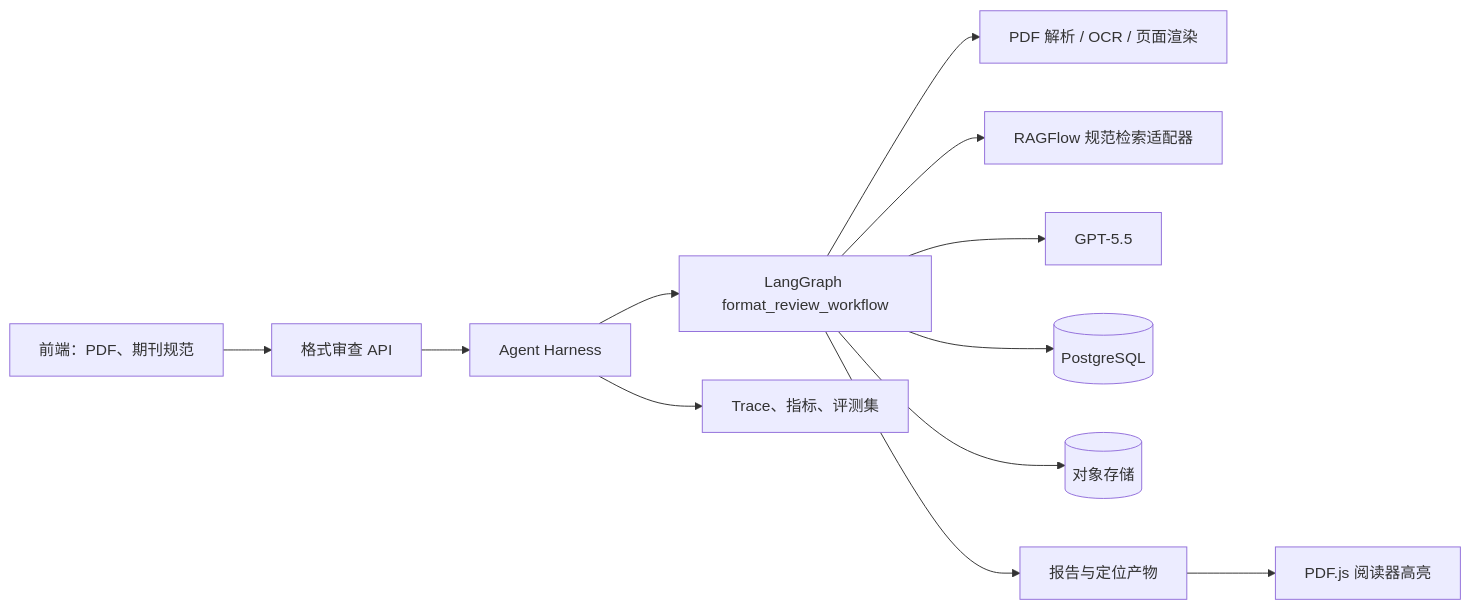
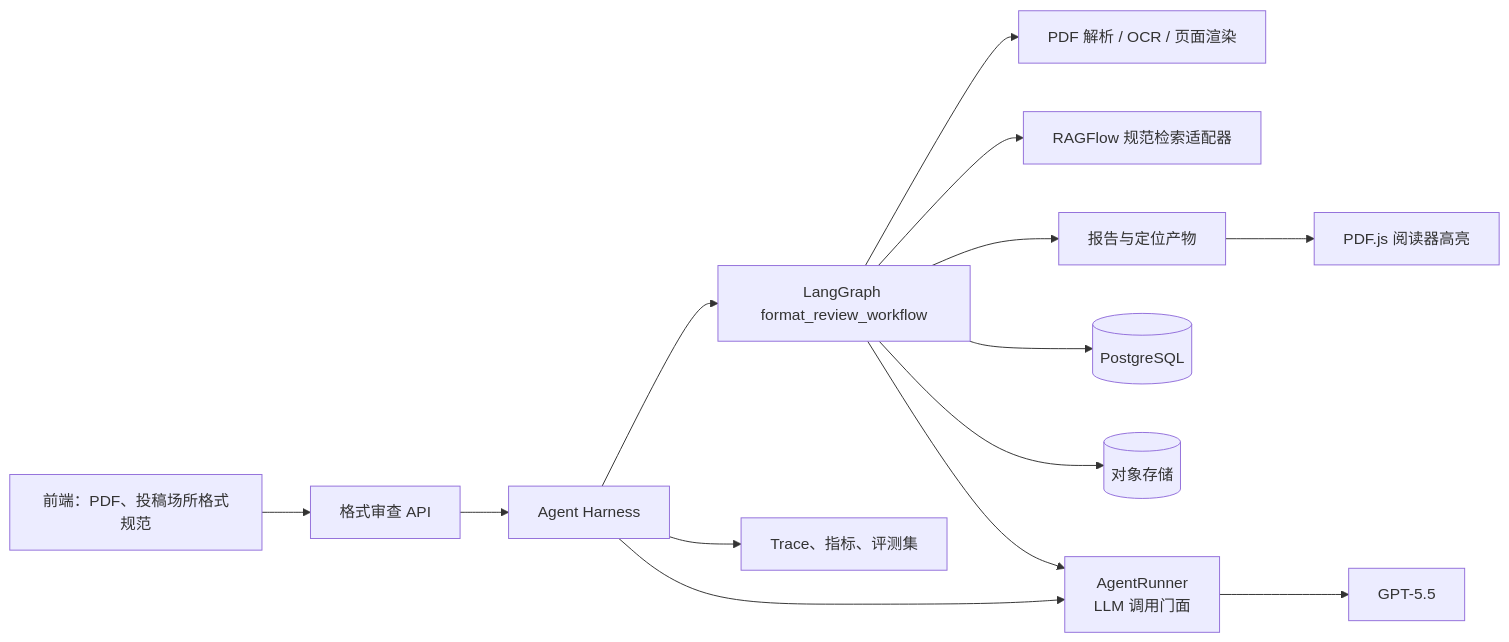
The first of 4 diagrams in 格式审查模块详细设计_V1.0.md (szy2334/ragflow-course-project), drawn with Mermaid before and after one commit. The commit also changed other lines of this file and 1 other file, not shown here.

````diff
--- a/格式审查模块详细设计_V1.0.md
+++ b/格式审查模块详细设计_V1.0.md
@@ -46,14 +40,16 @@
 ```mermaid
 flowchart LR
-    U["前端：PDF、期刊规范"] --> API["格式审查 API"]
+    U["前端：PDF、投稿场所格式规范"] --> API["格式审查 API"]
     API --> H["Agent Harness"]
     H --> LG["LangGraph format_review_workflow"]
     LG --> P["PDF 解析 / OCR / 页面渲染"]
     LG --> R["RAGFlow 规范检索适配器"]
-    LG --> M["GPT-5.5"]
+    LG --> AR["AgentRunner<br/>LLM 调用门面"]
+    AR --> M["GPT-5.5"]
+    H --> AR
     LG --> DB[("PostgreSQL")]
     LG --> OS[("对象存储")]
     H --> OBS["Trace、指标、评测集"]
     LG --> REP["报告与定位产物"]
     REP --> V["PDF.js 阅读器高亮"]
 ```
````
